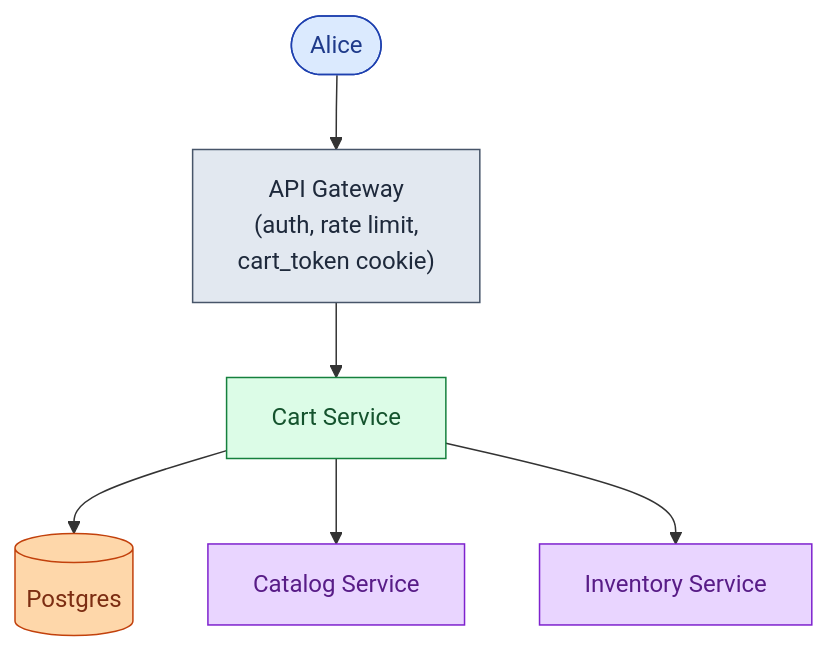
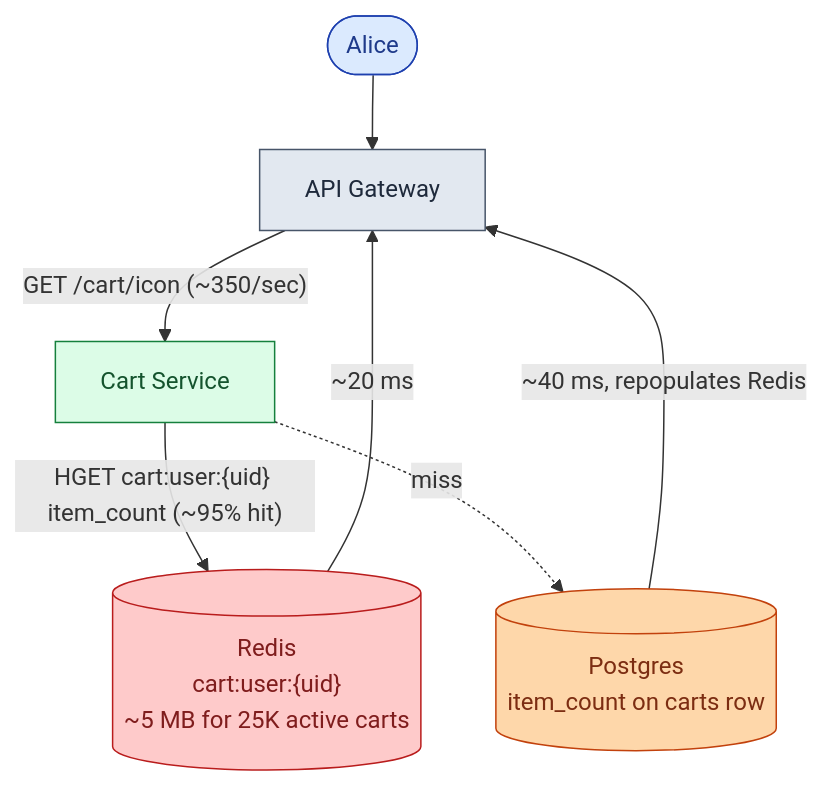
One commit to shiningflash/system-design changed the sixth of 11 diagrams in problems/012-shopping-cart/question.md. Above: the diagram before and after it, drawn with Mermaid. The commit also changed other lines of this file and 37 other files, not shown here.

````diff
--- a/problems/012-shopping-cart/question.md
+++ b/problems/012-shopping-cart/question.md
@@ -302,14 +338,15 @@
 ```mermaid
 flowchart TB
-    C([Alice]):::user --> GW["API Gateway<br/>(auth, rate limit,<br/>cart_token cookie)"]:::edge
-    GW --> CS["Cart Service"]:::app
-    CS --> DB[("Postgres")]:::db
-    CS --> Cat["Catalog Service"]:::ext
-    CS --> Inv["Inventory Service"]:::ext
+    Alice([Alice]):::user --> GW["API Gateway"]:::edge
+    GW -->|"GET /cart/icon (~350/sec)"| CS["Cart Service"]:::app
+    CS -->|"HGET cart:user:{uid} item_count (~95% hit)"| R[("Redis<br/>cart:user:{uid}<br/>~5 MB for 25K active carts")]:::cache
+    CS -.miss.-> DB[("Postgres<br/>item_count on carts row")]:::db
+    R -->|"~20 ms"| GW
+    DB -->|"~40 ms, repopulates Redis"| GW
 
     classDef user fill:#dbeafe,stroke:#1e40af,color:#1e3a8a
     classDef edge fill:#e2e8f0,stroke:#475569,color:#1e293b
     classDef app fill:#dcfce7,stroke:#15803d,color:#14532d
     classDef db fill:#fed7aa,stroke:#c2410c,color:#7c2d12
-    classDef ext fill:#e9d5ff,stroke:#7e22ce,color:#581c87
+    classDef cache fill:#fecaca,stroke:#b91c1c,color:#7f1d1d
 ```
````
